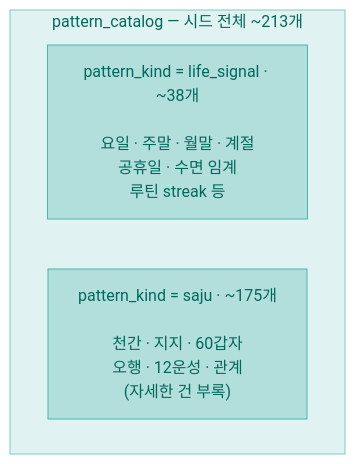
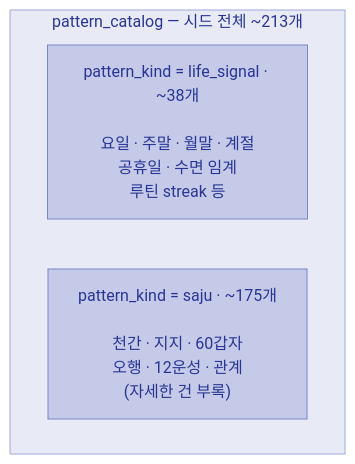
The third of 9 diagrams in docs/explainers/insight-v2.md (hyewon3938/slack-ai-agents), drawn with Mermaid before and after one commit. The commit also changed other lines of this file, not shown here.

````diff
--- a/docs/explainers/insight-v2.md
+++ b/docs/explainers/insight-v2.md
@@ -168,13 +168,13 @@
 ```mermaid
 flowchart TB
   subgraph PC["pattern_catalog — 시드 전체 ~213개"]
     direction LR
     LIFE["pattern_kind = life_signal · ~38개<br/><br/>요일 · 주말 · 월말 · 계절<br/>공휴일 · 수면 임계<br/>루틴 streak 등"]
     SAJU["pattern_kind = saju · ~175개<br/><br/>천간 · 지지 · 60갑자<br/>오행 · 12운성 · 관계<br/>(자세한 건 부록)"]
   end
 
-  classDef seedBox fill:#E0F2F1,stroke:#80CBC4,color:#00695C
-  classDef seedNode fill:#B2DFDB,stroke:#4DB6AC,color:#00695C
+  classDef seedBox fill:#E8EAF6,stroke:#9FA8DA,color:#283593
+  classDef seedNode fill:#C5CAE9,stroke:#7986CB,color:#283593
   class PC seedBox
   class LIFE,SAJU seedNode
 ```
````
